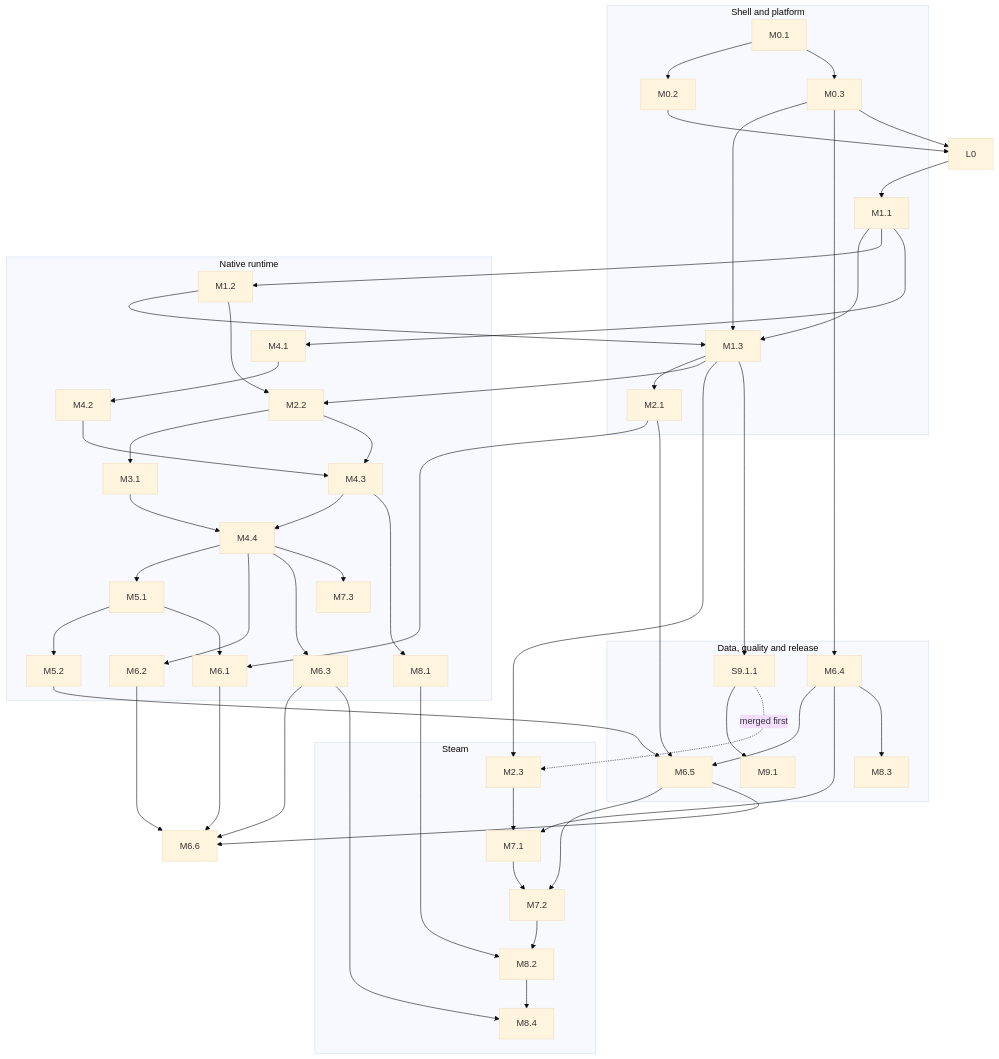
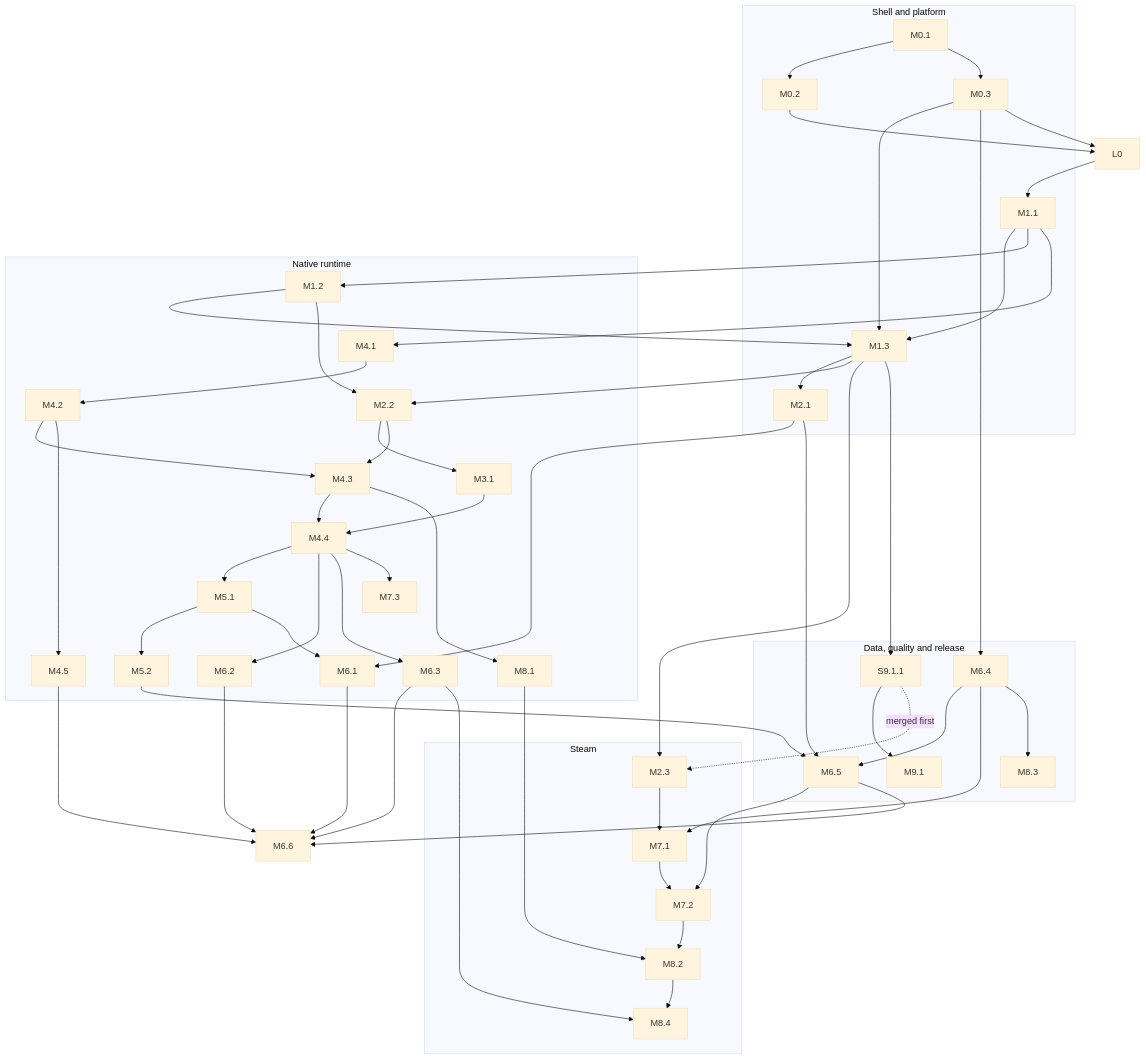
One commit to recelilious/Paneport changed the second of 2 diagrams in docs/design/development-plan.md. Above: the diagram before and after it, drawn with Mermaid (base theme). The commit also changed other lines of this file and 4 other files, not shown here.

````diff
--- a/docs/design/development-plan.md
+++ b/docs/design/development-plan.md
@@ -231,53 +232,55 @@
 ```mermaid
 flowchart TD
   subgraph Shell["Shell and platform"]
     M0_1["M0.1"] --> M0_2["M0.2"]
     M0_1 --> M0_3["M0.3"]
     M1_1["M1.1"] --> M1_3["M1.3"]
     M0_3 --> M1_3
     M1_3 --> M2_1["M2.1"]
   end
   subgraph Runtime["Native runtime"]
     M1_1 --> M1_2["M1.2"]
     M1_2 --> M1_3
     M1_2 --> M2_2["M2.2"]
     M1_3 --> M2_2
     M2_2 --> M3_1["M3.1"]
     M1_1 --> M4_1["M4.1"] --> M4_2["M4.2"] --> M4_3["M4.3"]
     M2_2 --> M4_3
     M4_3 --> M4_4["M4.4"]
+    M4_2 --> M4_5["M4.5"]
     M3_1 --> M4_4
     M4_4 --> M5_1["M5.1"] --> M5_2["M5.2"]
     M5_1 --> M6_1["M6.1"]
     M4_4 --> M6_2["M6.2"]
     M4_4 --> M6_3["M6.3"]
     M4_4 --> M7_3["M7.3"]
     M4_3 --> M8_1["M8.1"]
   end
   subgraph Steam["Steam"]
     M1_3 --> M2_3["M2.3"]
     M2_3 --> M7_1["M7.1"] --> M7_2["M7.2"]
     M7_2 --> M8_2["M8.2"]
     M8_1 --> M8_2
     M8_2 --> M8_4["M8.4"]
   end
   subgraph Data["Data, quality and release"]
     M0_3 --> M6_4["M6.4"] --> M6_5["M6.5"]
     M5_2 --> M6_5
     M6_4 --> M7_1
     M6_5 --> M7_2
     M6_4 --> M8_3["M8.3"]
     M1_3 --> S9_1_1["S9.1.1"] --> M9_1["M9.1"]
     S9_1_1 -. "merged first" .-> M2_3
   end
   M6_1 --> M6_6["M6.6"]
   M6_2 --> M6_6
   M6_3 --> M6_6
   M6_5 --> M6_6
+  M4_5 --> M6_6
   M2_1 --> M6_1
   M2_1 --> M6_5
   M6_3 --> M8_4
   L0n["L0"] --> M1_1
   M0_2 --> L0n
   M0_3 --> L0n
 ```
````
